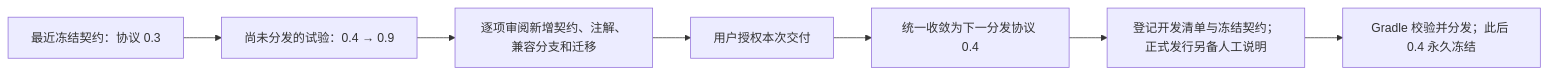
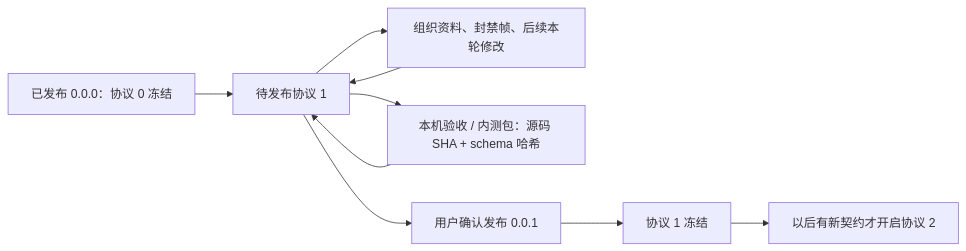
One commit to virjar/team-talk changed the first of 3 diagrams in doc/04-protocol/versioning.md. Above: the diagram before and after it, drawn with Mermaid. The commit also changed other lines of this file and 24 other files, not shown here.

````diff
--- a/doc/04-protocol/versioning.md
+++ b/doc/04-protocol/versioning.md
@@ -67,9 +45,11 @@
 ```mermaid
 flowchart LR
-    Published["最近冻结契约：协议 0.3"] --> Development["尚未分发的试验：0.4 → 0.9"]
-    Development --> Review["逐项审阅新增契约、注解、兼容分支和迁移"]
-    Review --> Approval["用户授权本次交付"]
-    Approval --> Consolidate["统一收敛为下一分发协议 0.4"]
-    Consolidate --> Record["登记开发清单与冻结契约；正式发行另备人工说明"]
-    Record --> Release["Gradle 校验并分发；此后 0.4 永久冻结"]
+    Zero["已发布 0.0.0：协议 0 冻结"] --> Pending["待发布协议 1"]
+    Pending --> Changes["组织资料、封禁帧、后续本轮修改"]
+    Changes --> Pending
+    Pending --> QA["本机验收 / 内测包：源码 SHA + schema 哈希"]
+    QA --> Pending
+    Pending --> Approval["用户确认发布 0.0.1"]
+    Approval --> Frozen["协议 1 冻结"]
+    Frozen --> Next["以后有新契约才开启协议 2"]
 ```
````
